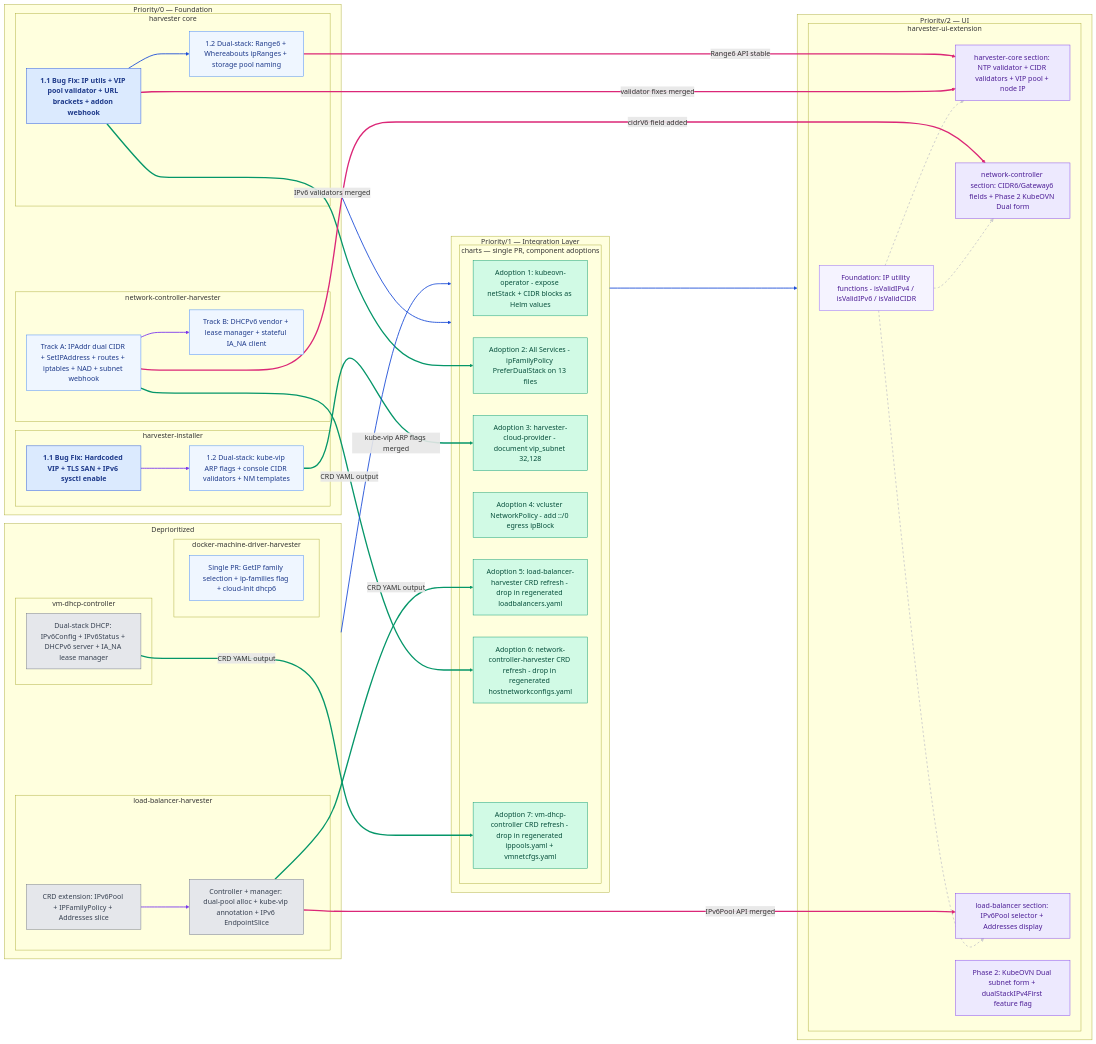
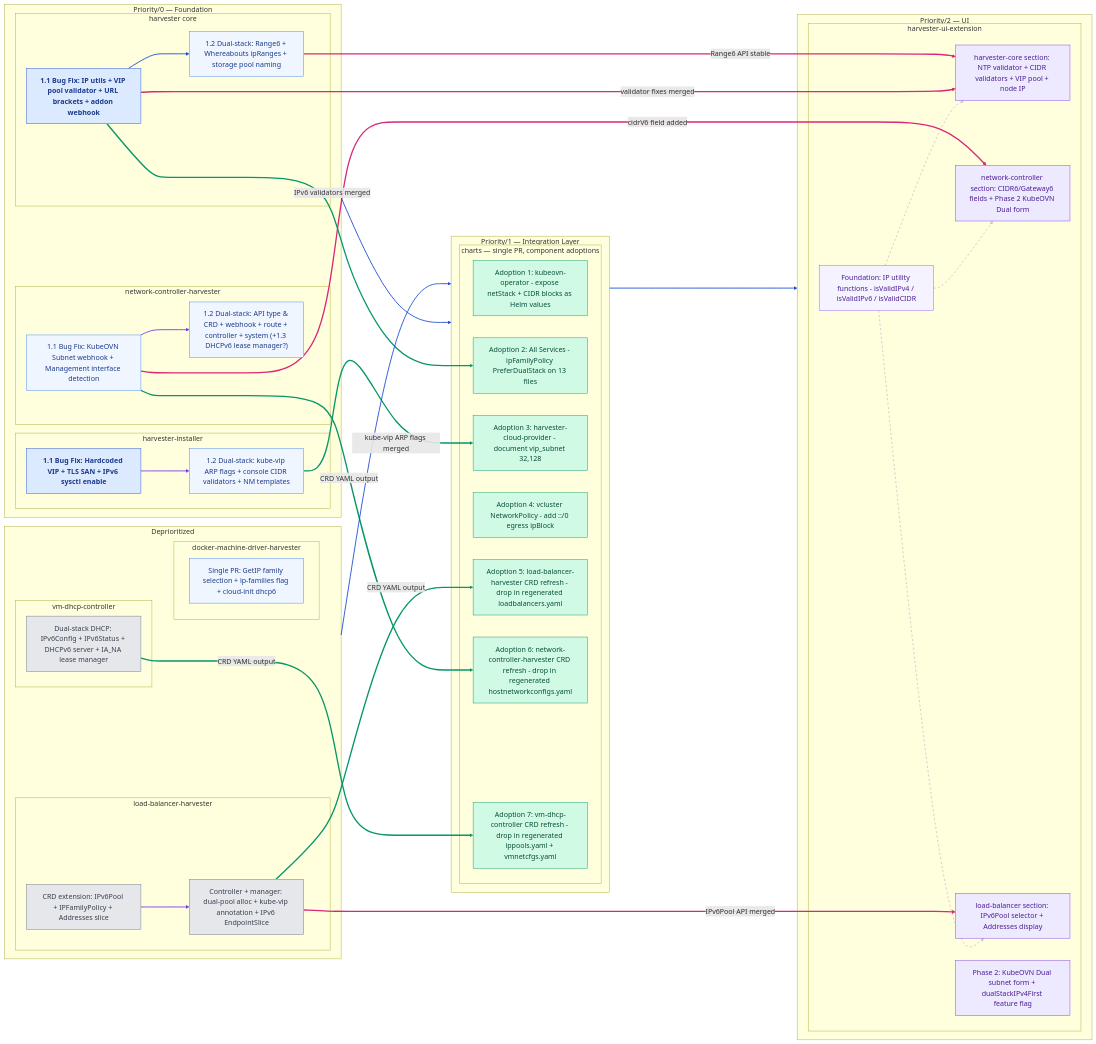
One commit to harvester/harvester changed the diagram in enhancements/20260528-dual-stack-ipv4-first.md. Above: the diagram before and after it, drawn with Mermaid.

Commit message:
Change network-controller-harvester tasks
Changing network-controller-harvester tasks to
better reflect the actual work which was logged

```diff
--- a/enhancements/20260528-dual-stack-ipv4-first.md
+++ b/enhancements/20260528-dual-stack-ipv4-first.md
@@ -512,8 +512,8 @@
         end
 
         subgraph SNC["network-controller-harvester"]
-            SNCA["Track A: IPAddr dual CIDR + SetIPAddress + routes + iptables + NAD + subnet webhook"]
-            SNCB["Track B: DHCPv6 vendor + lease manager + stateful IA_NA client"]
+            SNCA["1.1 Bug Fix: KubeOVN Subnet webhook + Management interface detection "]
+            SNCB["1.2 Dual-stack: API type & CRD + webhook + route + controller + system (+1.3 DHCPv6 lease manager?)"]
             SNCA --> SNCB
         end
     end
```
